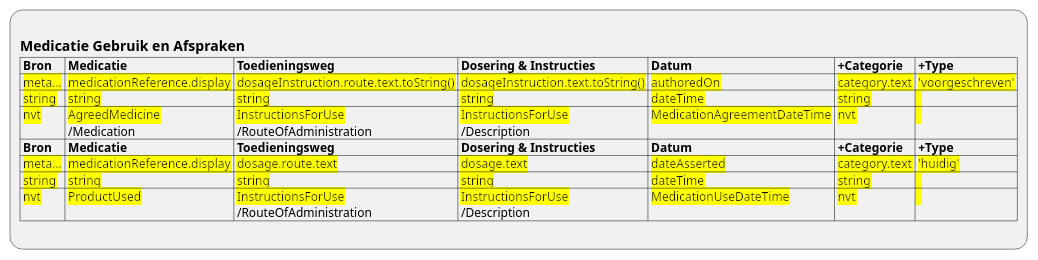
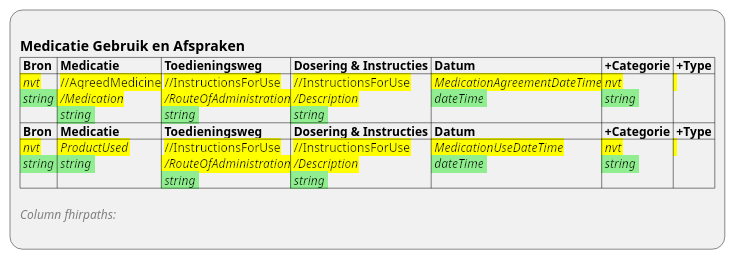
The diagram in input/images-source/ViewDefinition-Medicatiegegevens.plantuml (RIVO-Noord/zorgviewer-ig), drawn with PlantUML before and after one commit. The commit also changed 11 other files, not shown here.

```diff
--- a/input/images-source/ViewDefinition-Medicatiegegevens.plantuml
+++ b/input/images-source/ViewDefinition-Medicatiegegevens.plantuml
@@ -1,13 +1,11 @@
 @startuml ViewDefinition-Medicatiegegevens
 :
 == Medicatie Gebruik en Afspraken
 |= Bron |= Medicatie |= Toedieningsweg |= Dosering & Instructies |= Datum |= +Categorie |= +Type |
-|<back:yellow> meta... |<back:yellow> medicationReference.display |<back:yellow> dosageInstruction.route.text.toString() |<back:yellow> dosageInstruction.text.toString() |<back:yellow> authoredOn |<back:yellow> category.text |<back:yellow> 'voorgeschreven' |
-|<back:yellow> string |<back:yellow> string |<back:yellow> string |<back:yellow> string |<back:yellow> dateTime |<back:yellow> string |<back:yellow>  |
-|<back:yellow> nvt |<back:yellow> AgreedMedicine\n /Medication |<back:yellow> InstructionsForUse\n /RouteOfAdministration |<back:yellow> InstructionsForUse\n /Description |<back:yellow> MedicationAgreementDateTime |<back:yellow> nvt |<back:yellow>  |
+|<back:yellow> //nvt//\n<back:lightgreen> //string// |<back:yellow> //AgreedMedicine\n<back:yellow> ///Medication//\n<back:lightgreen> //string// |<back:yellow> //InstructionsForUse\n<back:yellow> ///RouteOfAdministration//\n<back:lightgreen> //string// |<back:yellow> //InstructionsForUse\n<back:yellow> ///Description//\n<back:lightgreen> //string// |<back:yellow> //MedicationAgreementDateTime//\n<back:lightgreen> //dateTime// |<back:yellow> //nvt//\n<back:lightgreen> //string// |<back:yellow> \n |
 |= Bron |= Medicatie |= Toedieningsweg |= Dosering & Instructies |= Datum |= +Categorie |= +Type |
-|<back:yellow> meta... |<back:yellow> medicationReference.display |<back:yellow> dosage.route.text |<back:yellow> dosage.text |<back:yellow> dateAsserted |<back:yellow> category.text |<back:yellow> 'huidig' |
-|<back:yellow> string |<back:yellow> string |<back:yellow> string |<back:yellow> string |<back:yellow> dateTime |<back:yellow> string |<back:yellow>  |
-|<back:yellow> nvt |<back:yellow> ProductUsed |<back:yellow> InstructionsForUse\n /RouteOfAdministration |<back:yellow> InstructionsForUse\n /Description |<back:yellow> MedicationUseDateTime |<back:yellow> nvt |<back:yellow>  |
+|<back:yellow> //nvt//\n<back:lightgreen> //string// |<back:yellow> //ProductUsed//\n<back:lightgreen> //string// |<back:yellow> //InstructionsForUse\n<back:yellow> ///RouteOfAdministration//\n<back:lightgreen> //string// |<back:yellow> //InstructionsForUse\n<back:yellow> ///Description//\n<back:lightgreen> //string// |<back:yellow> //MedicationUseDateTime//\n<back:lightgreen> //dateTime// |<back:yellow> //nvt//\n<back:lightgreen> //string// |<back:yellow> \n |
+
+<color:gray>//Column fhirpaths://
 ;
 @enduml
```
